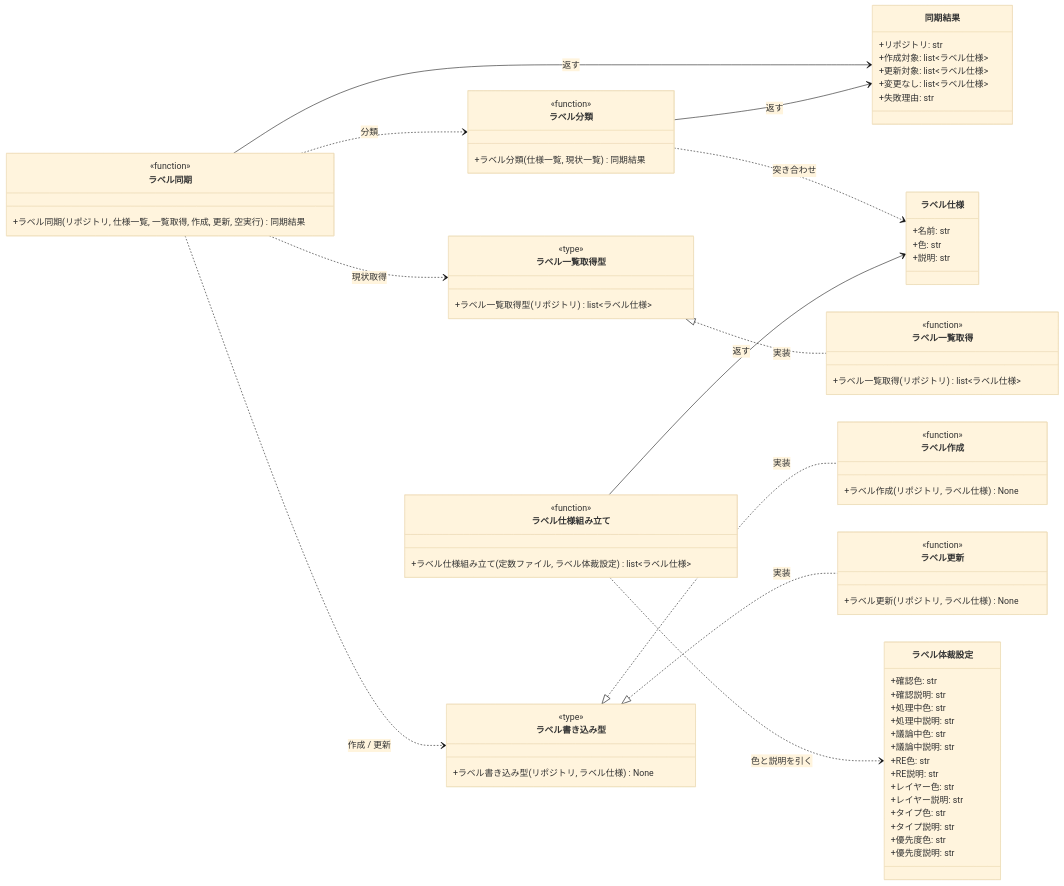
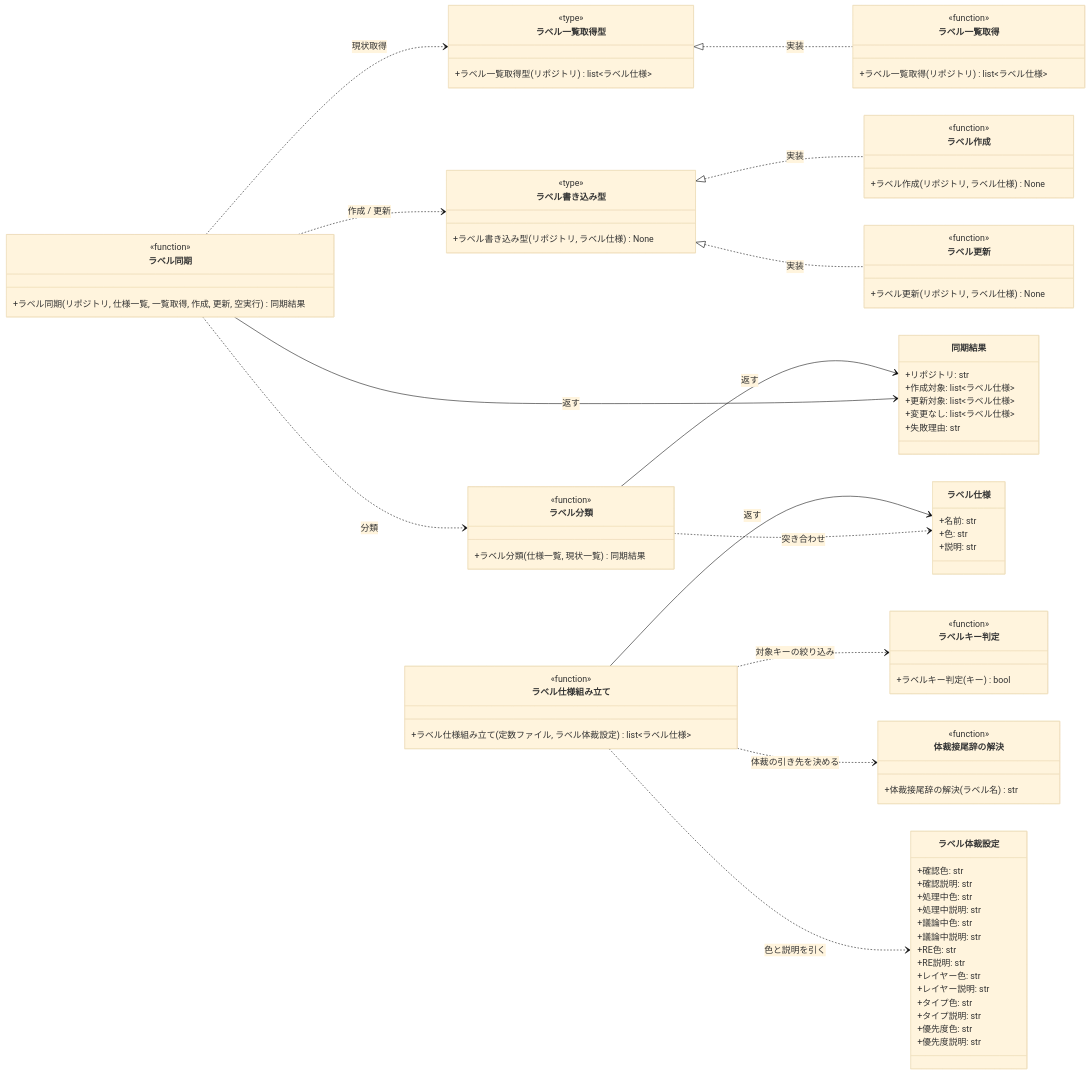
One commit to shuhei1101/ai-monitor changed the diagram in docs/wiki/設計図/モジュール構成/セットアップ/ラベル同期.py.md. Above: the diagram before and after it, drawn with Mermaid (base theme). The commit also changed other lines of this file and 80 other files, not shown here.

```diff
--- a/docs/wiki/設計図/モジュール構成/セットアップ/ラベル同期.py.md
+++ b/docs/wiki/設計図/モジュール構成/セットアップ/ラベル同期.py.md
@@ -43,6 +45,8 @@
   ラベル同期 --> 同期結果 : 返す
   ラベル分類 --> 同期結果 : 返す
   ラベル分類 ..> ラベル仕様 : 突き合わせ
+  ラベル仕様組み立て ..> ラベルキー判定 : 対象キーの絞り込み
+  ラベル仕様組み立て ..> 体裁接尾辞の解決 : 体裁の引き先を決める
   ラベル仕様組み立て ..> ラベル体裁設定 : 色と説明を引く
   ラベル仕様組み立て --> ラベル仕様 : 返す
   ラベル一覧取得型 <|.. ラベル一覧取得 : 実装
@@ -52,6 +56,14 @@
   class ラベル仕様組み立て {
     <<function>>
     +ラベル仕様組み立て(定数ファイル, ラベル体裁設定) list~ラベル仕様~
+  }
+  class ラベルキー判定 {
+    <<function>>
+    +ラベルキー判定(キー) bool
+  }
+  class 体裁接尾辞の解決 {
+    <<function>>
+    +体裁接尾辞の解決(ラベル名) str
   }
   class ラベル分類 {
     <<function>>
@@ -111,6 +123,8 @@
   }
 
   click ラベル仕様組み立て href "#ラベル仕様組み立て"
+  click ラベルキー判定 href "#ラベルキー判定"
+  click 体裁接尾辞の解決 href "#体裁接尾辞の解決"
   click ラベル分類 href "#ラベル分類"
   click ラベル同期 href "#ラベル同期"
   click ラベル一覧取得型 href "#ラベル一覧取得型"
```
